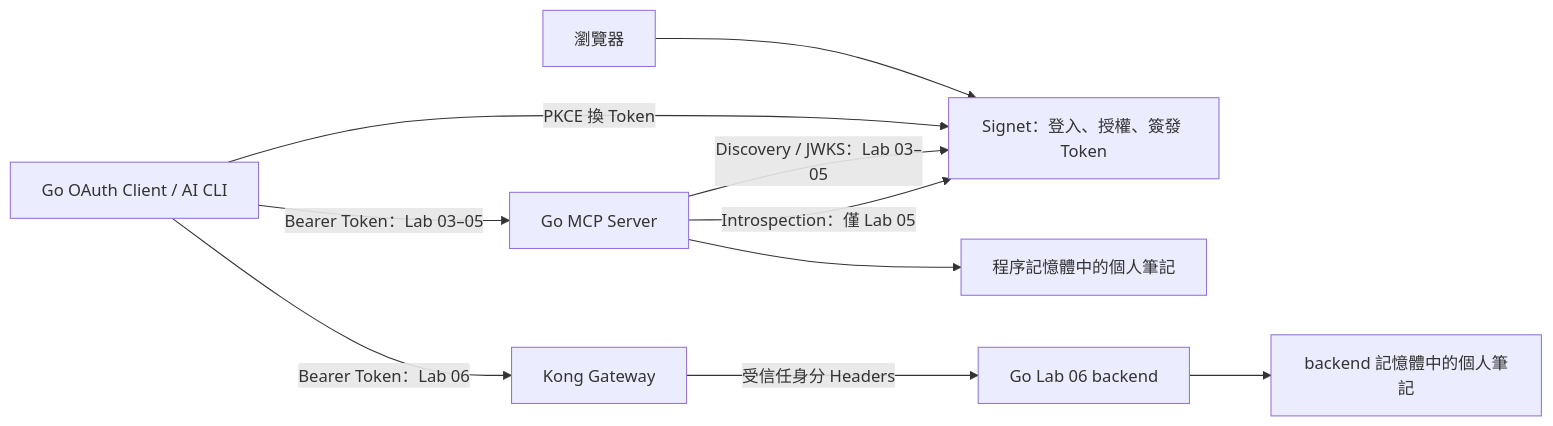
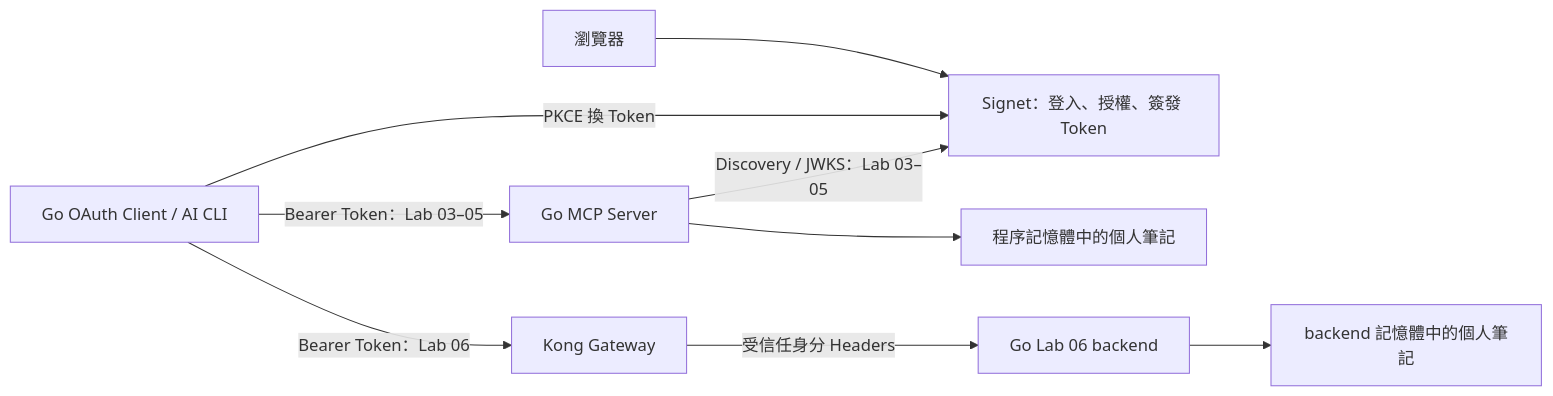
Before and after one commit to go-training/mcp-oauth2-workshop: the first of 3 diagrams in go/README.md, drawn with Mermaid. The commit also changed other lines of this file and 15 other files, not shown here.

````diff
--- a/go/README.md
+++ b/go/README.md
@@ -25,12 +25,11 @@
 ```mermaid
 flowchart LR
     Browser[瀏覽器] --> Signet[Signet：登入、授權、簽發 Token]
     Client[Go OAuth Client / AI CLI] -->|PKCE 換 Token| Signet
     Client -->|Bearer Token：Lab 03–05| Server[Go MCP Server]
     Server -->|Discovery / JWKS：Lab 03–05| Signet
-    Server -->|Introspection：僅 Lab 05| Signet
     Client -->|Bearer Token：Lab 06| Kong[Kong Gateway]
     Kong -->|受信任身分 Headers| Backend[Go Lab 06 backend]
     Server --> Notes[程序記憶體中的個人筆記]
     Backend --> BackendNotes[backend 記憶體中的個人筆記]
 ```
````
